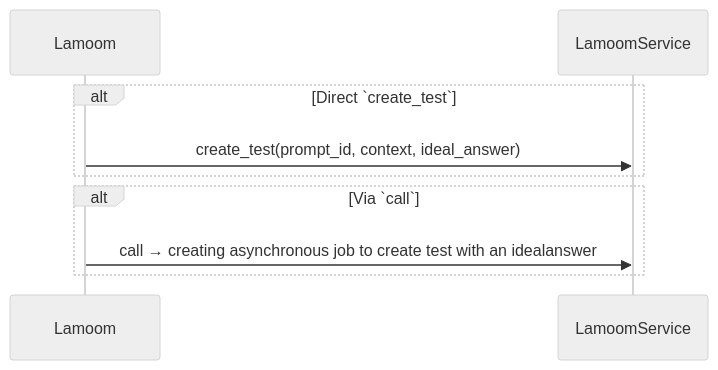
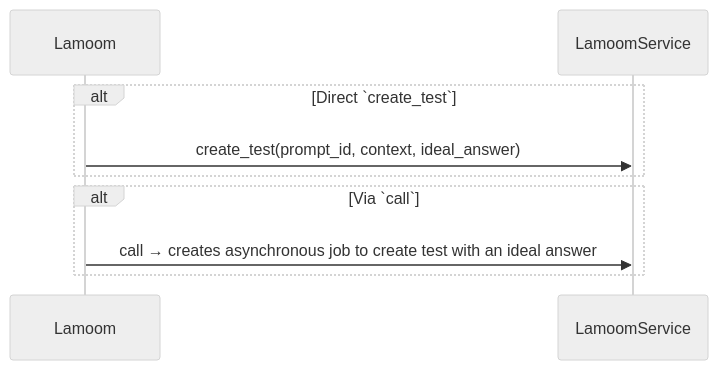
Before and after one commit to LamoomAI/lamoom-python: the second of 4 diagrams in README.md, drawn with Mermaid (neutral theme). The commit also changed other lines of this file, not shown here.

Commit message:
Updated markdown w. schema, seq test

````diff
--- a/README.md
+++ b/README.md
@@ -56,9 +56,9 @@
 ```mermaid
 sequenceDiagram
     alt Direct `create_test`
       Lamoom->>LamoomService: create_test(prompt_id, context, ideal_answer)
     end
     alt Via `call`
-      Lamoom->>LamoomService: call → creating asynchronous job to create test with an idealanswer
+      Lamoom->>LamoomService: call → creates asynchronous job to create test with an ideal answer
     end
 ```
````
